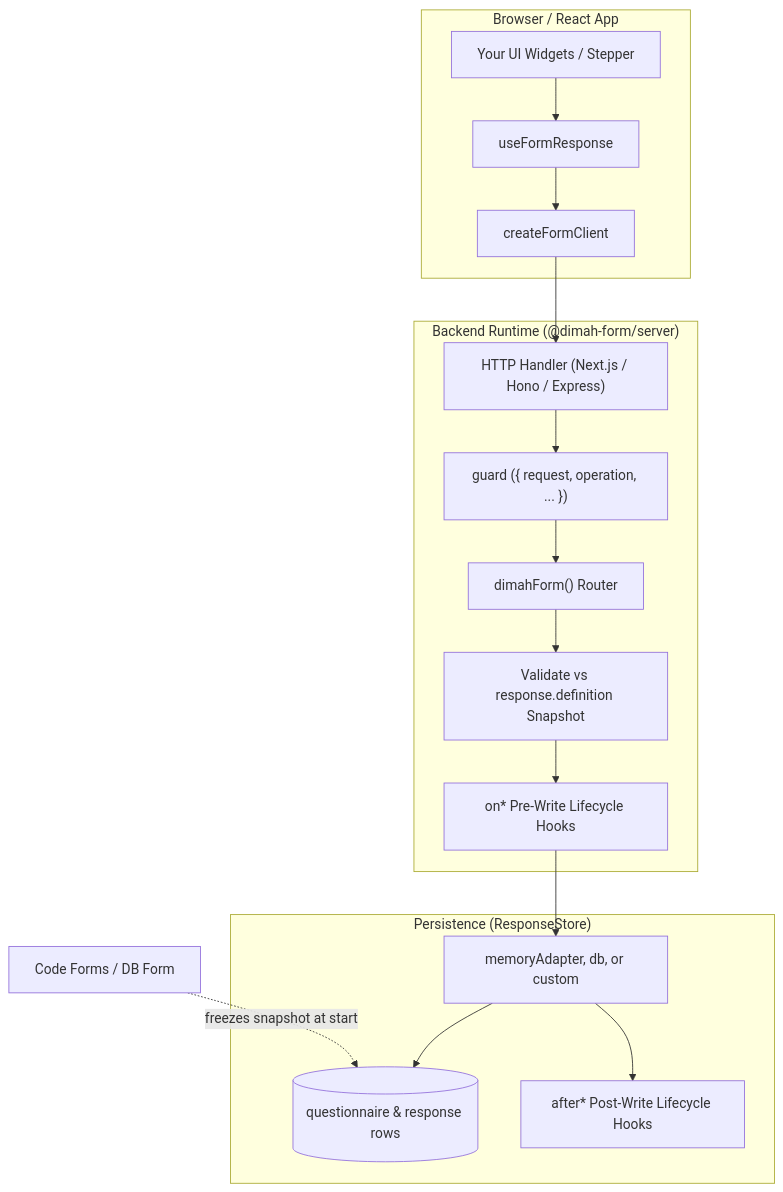
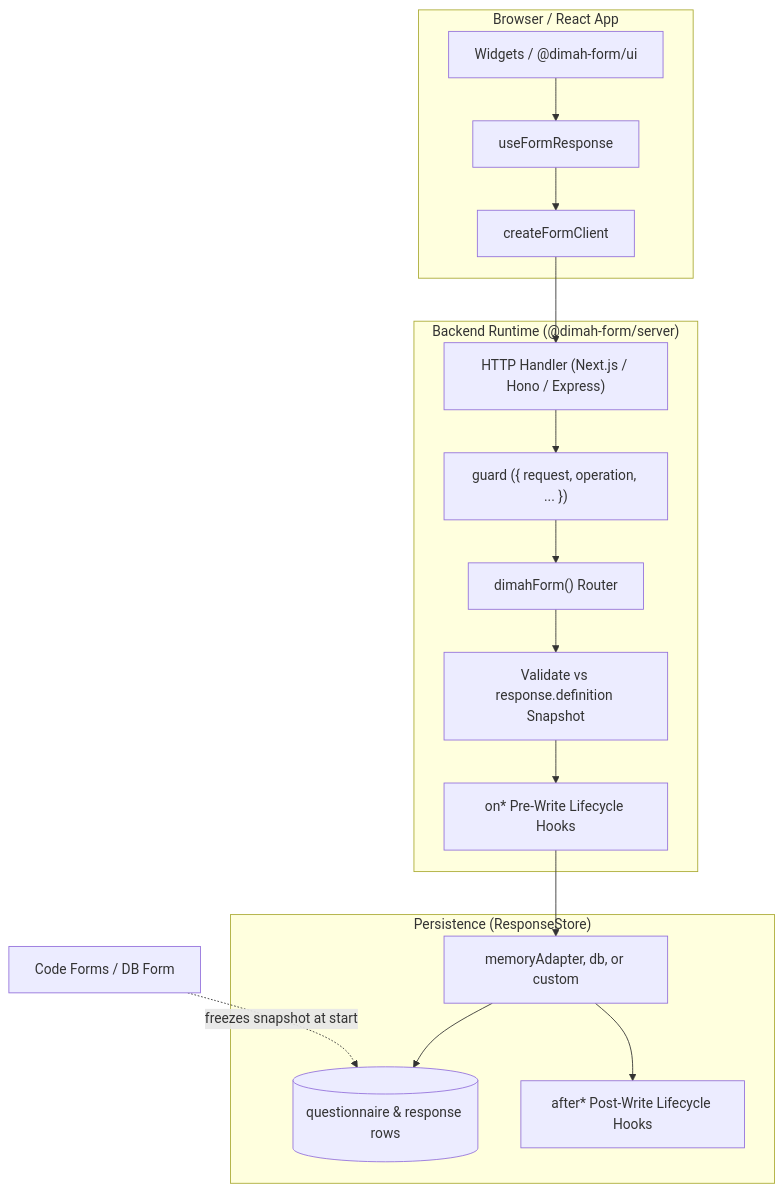
The diagram in apps/docs/content/docs/(concepts)/architecture.mdx (dimah-kz/dimah-form), drawn with Mermaid before and after one commit. The commit also changed other lines of this file and 52 other files, not shown here.

First line of the commit message:
Integrate @dimah-form/ui and enhance documentation

````diff
--- a/apps/docs/content/docs/(concepts)/architecture.mdx
+++ b/apps/docs/content/docs/(concepts)/architecture.mdx
@@ -43,23 +43,23 @@
 ```mermaid
 flowchart TD
   subgraph Client ["Browser / React App"]
-    UI["Your UI Widgets / Stepper"] --> Hook["useFormResponse"]
+    UI["Widgets / @dimah-form/ui"] --> Hook["useFormResponse"]
     Hook --> HTTPClient["createFormClient"]
   end
 
   subgraph Server ["Backend Runtime (@dimah-form/server)"]
     HTTPClient --> Route["HTTP Handler (Next.js / Hono / Express)"]
     Route --> Guard["guard ({ request, operation, ... })"]
     Guard --> Engine["dimahForm() Router"]
     Engine --> SnapshotVal["Validate vs response.definition Snapshot"]
     SnapshotVal --> PreHooks["on* Pre-Write Lifecycle Hooks"]
   end
 
   subgraph Storage ["Persistence (ResponseStore)"]
     PreHooks --> Store["memoryAdapter, db, or custom"]
     Store --> Tables[("questionnaire & response rows")]
     Store --> PostHooks["after* Post-Write Lifecycle Hooks"]
   end
 
   LiveDoc["Code Forms / DB Form"] -.->|"freezes snapshot at start"| Tables
 ```
````
